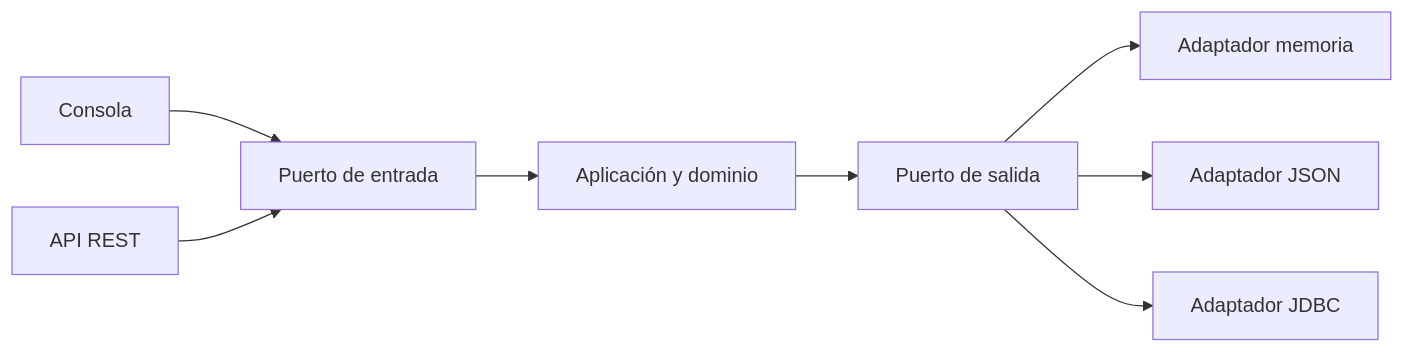
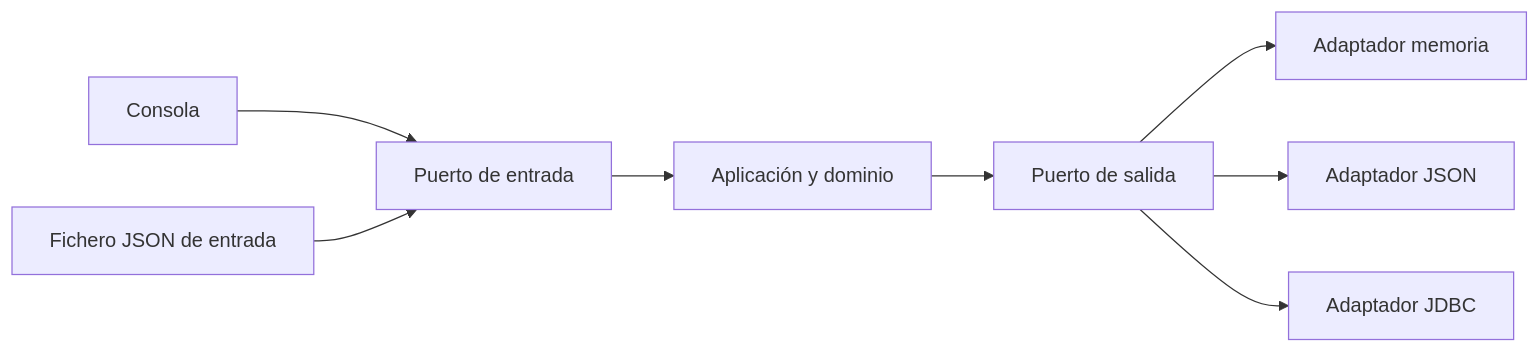
The diagram in Arquitectura/README.md (javierfausgmail/ACD), drawn with Mermaid before and after one commit. The commit also changed other lines of this file, not shown here.

```diff
--- a/Arquitectura/README.md
+++ b/Arquitectura/README.md
@@ -284,13 +290,13 @@
 ~~~mermaid
 flowchart LR
     CLI[Consola] --> IN[Puerto de entrada]
-    REST[API REST] --> IN
+    JSONIN[Fichero JSON de entrada] --> IN
 
     IN --> APP[Aplicación y dominio]
 
     APP --> OUT[Puerto de salida]
 
     OUT --> MEM[Adaptador memoria]
-    OUT --> JSON[Adaptador JSON]
+    OUT --> JSONOUT[Adaptador JSON]
     OUT --> SQL[Adaptador JDBC]
 ~~~
```
